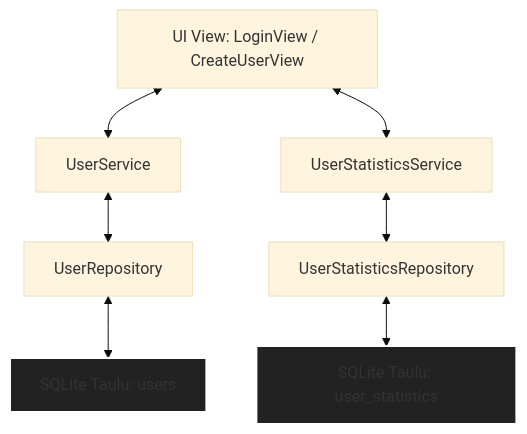
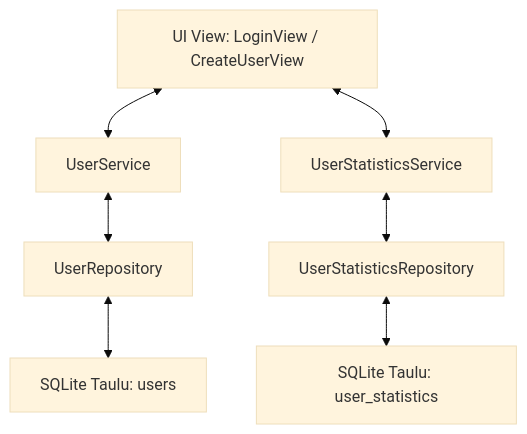
Before and after one commit to Tapir79/ot-harjoitustyo: the fifth of 13 diagrams in dokumentaatio/arkkitehtuuri.md, drawn with Mermaid (base theme).

Commit message:
Remove mermaid style

````diff
--- a/dokumentaatio/arkkitehtuuri.md
+++ b/dokumentaatio/arkkitehtuuri.md
@@ -162,16 +162,13 @@
 ```mermaid
 flowchart TD
     UI[UI View: LoginView / CreateUserView]
 
     UI <--> US[UserService]
     UI <--> USS[UserStatisticsService]
 
     US <--> UR[UserRepository]
     USS <--> USR[UserStatisticsRepository]
 
     UR <--> DB_USERS[SQLite Taulu: users]
     USR <--> DB_STATS[SQLite Taulu: user_statistics]
-
-    style DB_USERS fill:#222222,stroke:#fff,stroke-width:2px
-    style DB_STATS fill:#222222,stroke:#fff,stroke-width:2px
 ```
````
